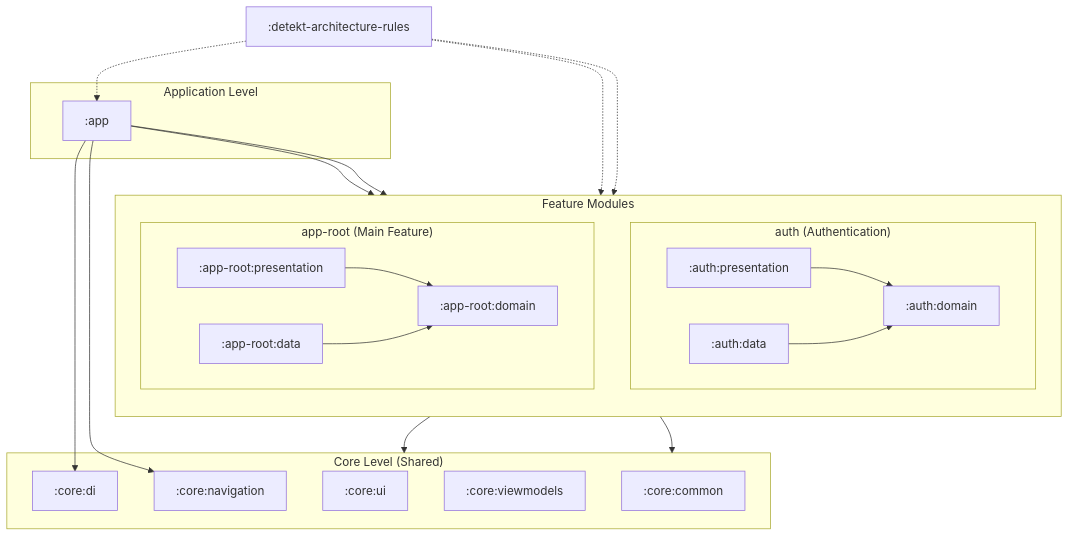
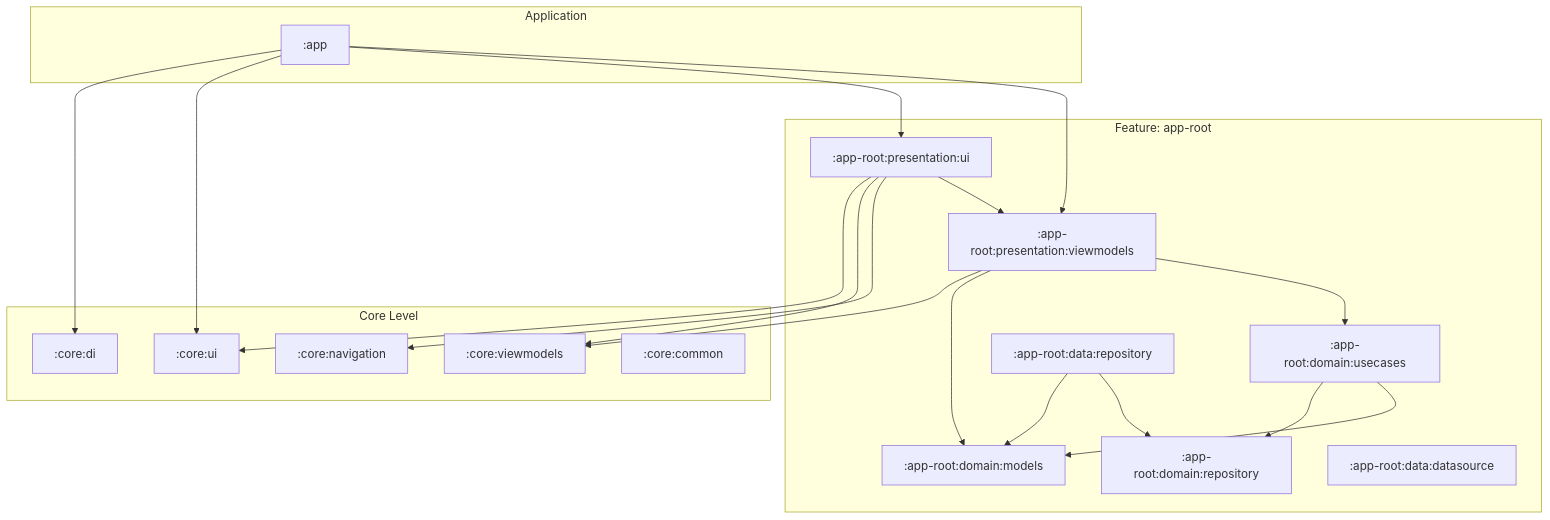
Before and after one commit to davcres/android-template: the diagram in README.md, drawn with Mermaid. The commit also changed other lines of this file and 1 other file, not shown here.

Commit message:
add dependency graph in readme

````diff
--- a/README.md
+++ b/README.md
@@ -16,42 +23,46 @@
 ```mermaid
 graph TD
-    subgraph App ["Application Level"]
+    subgraph App_Level [Application]
         APP[:app]
     end
 
-    subgraph Features ["Feature Modules"]
-        direction TB
-        subgraph Auth ["auth (Authentication)"]
-            auth_p[:auth:presentation] --> auth_d[:auth:domain]
-            auth_da[:auth:data] --> auth_d
-        end
-
-        subgraph AppRoot ["app-root (Main Feature)"]
-            root_p[:app-root:presentation] --> root_d[:app-root:domain]
-            root_da[:app-root:data] --> root_d
-        end
-    end
-
-    subgraph Core ["Core Level (Shared)"]
+    subgraph Core_Level [Core Level]
+        core_di[:core:di]
         core_nav[:core:navigation]
-        core_di[:core:di]
         core_ui[:core:ui]
-        core_vm[:core:viewmodels]
+        core_vmb[:core:viewmodels]
         core_com[:core:common]
     end
 
-    %% Main Dependency Relationships
-    APP --> Auth
-    APP --> AppRoot
+    subgraph Feature_AppRoot [Feature: app-root]
+        root_ui[:app-root:presentation:ui]
+        root_vm[:app-root:presentation:viewmodels]
+        root_uc[:app-root:domain:usecases]
+        root_repo[:app-root:domain:repository]
+        root_models[:app-root:domain:models]
+        root_data[:app-root:data:repository]
+        root_ds[:app-root:data:datasource]
+    end
+
+    %% APP Dependencies
     APP --> core_di
-    APP --> core_nav
+    APP --> core_ui
+    APP --> root_ui
+    APP --> root_vm
 
-    %% Feature to Core Dependencies
-    Auth --> Core
-    AppRoot --> Core
+    %% App-Root Flow
+    root_ui --> core_ui
+    root_ui --> core_vmb
+    root_ui --> core_nav
+    root_ui --> root_vm
 
-    %% Tools
-    detekt[:detekt-architecture-rules] -.-> APP
-    detekt -.-> Auth
-    detekt -.-> AppRoot
+    root_vm --> core_vmb
+    root_vm --> root_models
+    root_vm --> root_uc
+
+    root_uc --> root_repo
+    root_uc --> root_models
+
+    root_data --> root_models
+    root_data --> root_repo
 ```
````
